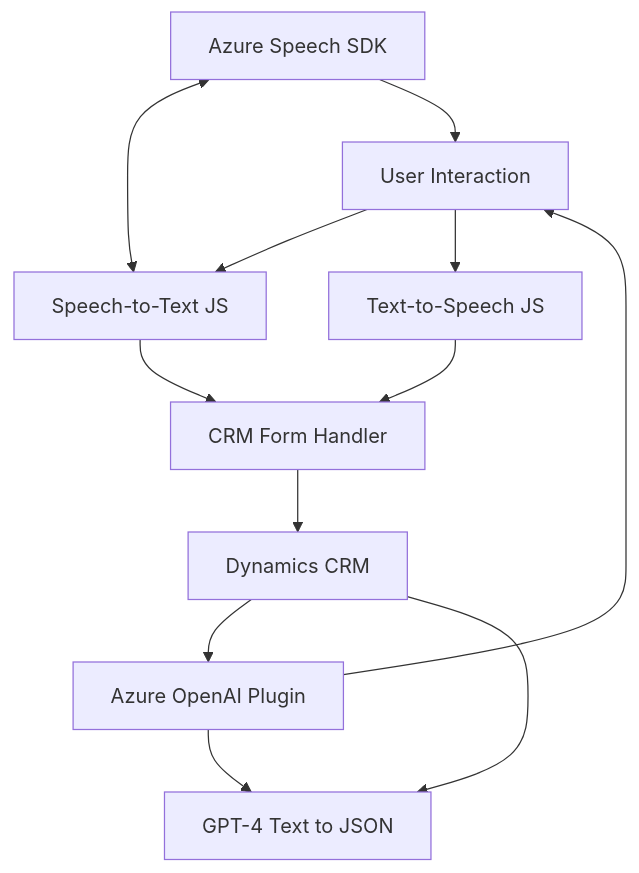
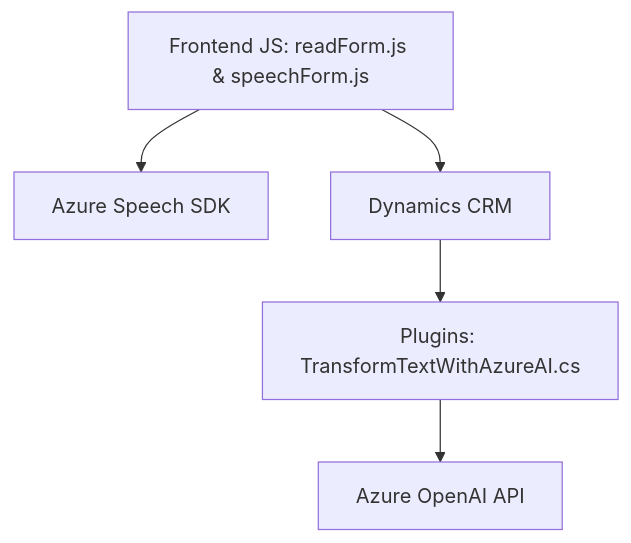
The diagram in README.md (blopezdm/NETCORE_BILBAO2025), drawn with Mermaid before and after one commit. The commit also changed other lines of this file, not shown here.

````diff
--- a/README.md
+++ b/README.md
@@ -58,20 +30,13 @@
 ```mermaid
 graph TD
-    A["User Interaction"]
+  A["Frontend JS: readForm.js & speechForm.js"]
+  B["Azure Speech SDK"]
+  C["Dynamics CRM"]
+  D["Plugins: TransformTextWithAzureAI.cs"]
+  E["Azure OpenAI API"]
 
-    A --> B[Speech-to-Text JS]
-    A --> C[Text-to-Speech JS]
-
-    B --> D[CRM Form Handler]
-    C --> D
-
-    D --> E["Dynamics CRM"]
-    F["Azure Speech SDK"] <--> B
-
-    E --> G["Azure OpenAI Plugin"]
-    G --> H["GPT-4 Text to JSON"]
-
-    F --> A
-    G --> A
-    E --> H
+  A --> B
+  A --> C
+  C --> D
+  D --> E
 ```
````
